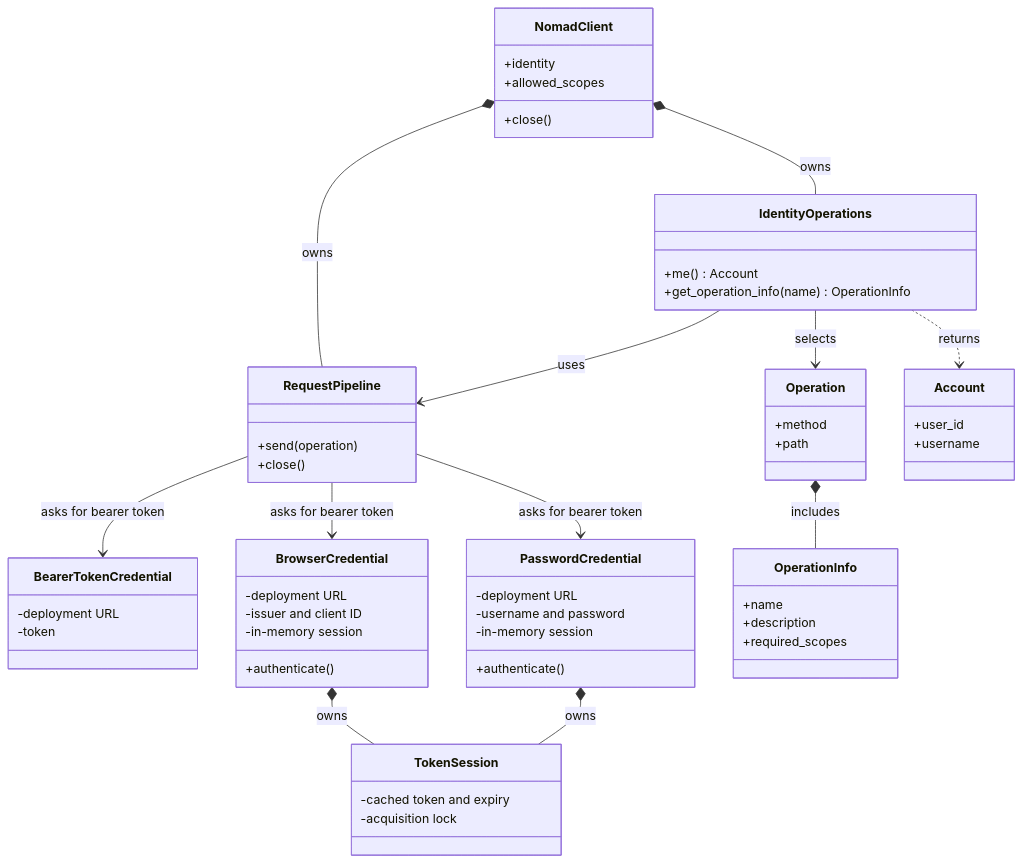
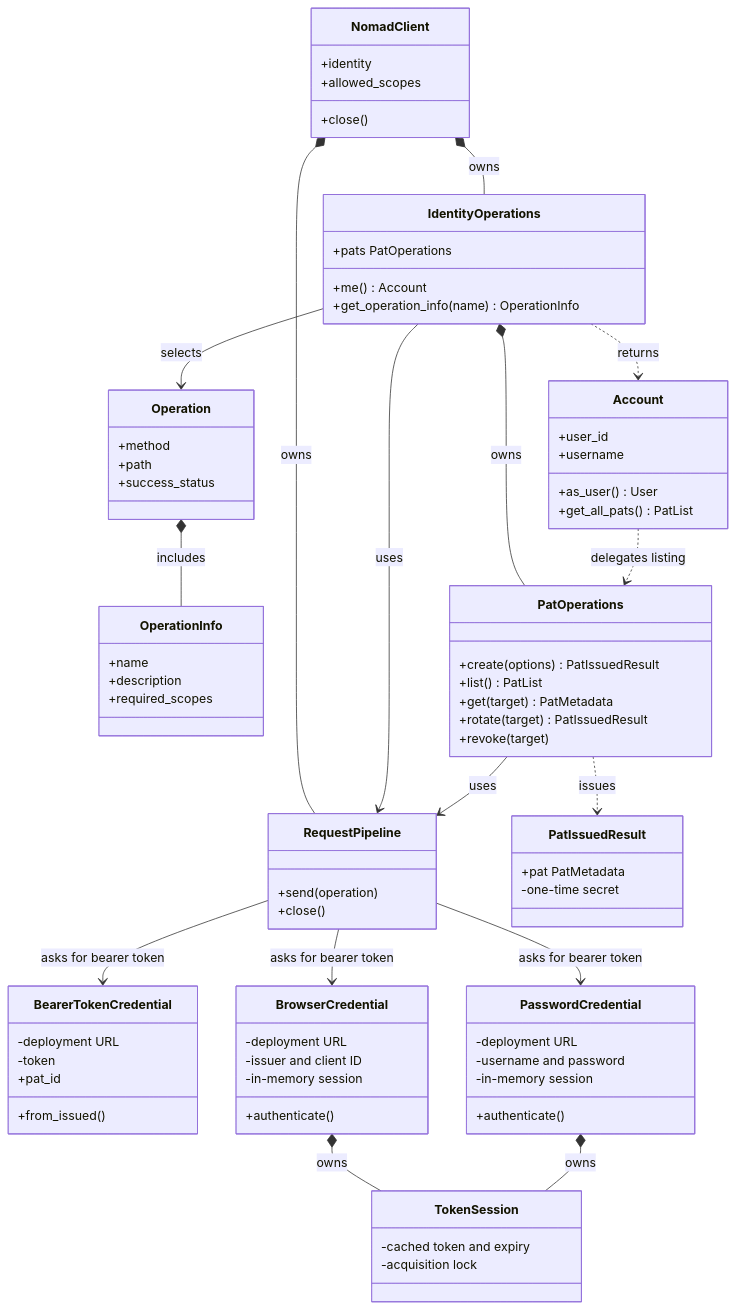
One commit to FAIRmat-NFDI/nomad-python-api changed the first of 9 diagrams in docs/dev/identity/index.md. Above: the diagram before and after it, drawn with Mermaid. The commit also changed other lines of this file and 25 other files, not shown here.

First line of the commit message:
feat(identity): add PAT management and account profiles

````diff
--- a/docs/dev/identity/index.md
+++ b/docs/dev/identity/index.md
@@ -7,60 +7,81 @@
 ```mermaid
 classDiagram
     class NomadClient {
         +identity
         +allowed_scopes
         +close()
     }
     class IdentityOperations {
         +me() Account
+        +pats PatOperations
         +get_operation_info(name) OperationInfo
     }
     class RequestPipeline {
         +send(operation)
         +close()
     }
     class BearerTokenCredential {
         -deployment URL
         -token
+        +pat_id
+        +from_issued()
     }
     class BrowserCredential {
         -deployment URL
         -issuer and client ID
         -in-memory session
         +authenticate()
     }
     class PasswordCredential {
         -deployment URL
         -username and password
         -in-memory session
         +authenticate()
     }
     class TokenSession {
         -cached token and expiry
         -acquisition lock
     }
     class Operation {
         +method
         +path
+        +success_status
     }
     class OperationInfo {
         +name
         +description
         +required_scopes
     }
     class Account {
         +user_id
         +username
+        +as_user() User
+        +get_all_pats() PatList
+    }
+    class PatOperations {
+        +create(options) PatIssuedResult
+        +list() PatList
+        +get(target) PatMetadata
+        +rotate(target) PatIssuedResult
+        +revoke(target)
+    }
+    class PatIssuedResult {
+        +pat PatMetadata
+        -one-time secret
     }
     NomadClient *-- IdentityOperations : owns
     NomadClient *-- RequestPipeline : owns
     IdentityOperations --> RequestPipeline : uses
     IdentityOperations --> Operation : selects
+    IdentityOperations *-- PatOperations : owns
+    PatOperations --> RequestPipeline : uses
+    PatOperations ..> PatIssuedResult : issues
+    Account ..> PatOperations : delegates listing
     RequestPipeline --> BearerTokenCredential : asks for bearer token
     RequestPipeline --> BrowserCredential : asks for bearer token
     RequestPipeline --> PasswordCredential : asks for bearer token
     BrowserCredential *-- TokenSession : owns
     PasswordCredential *-- TokenSession : owns
     Operation *-- OperationInfo : includes
     IdentityOperations ..> Account : returns
 ```
````
